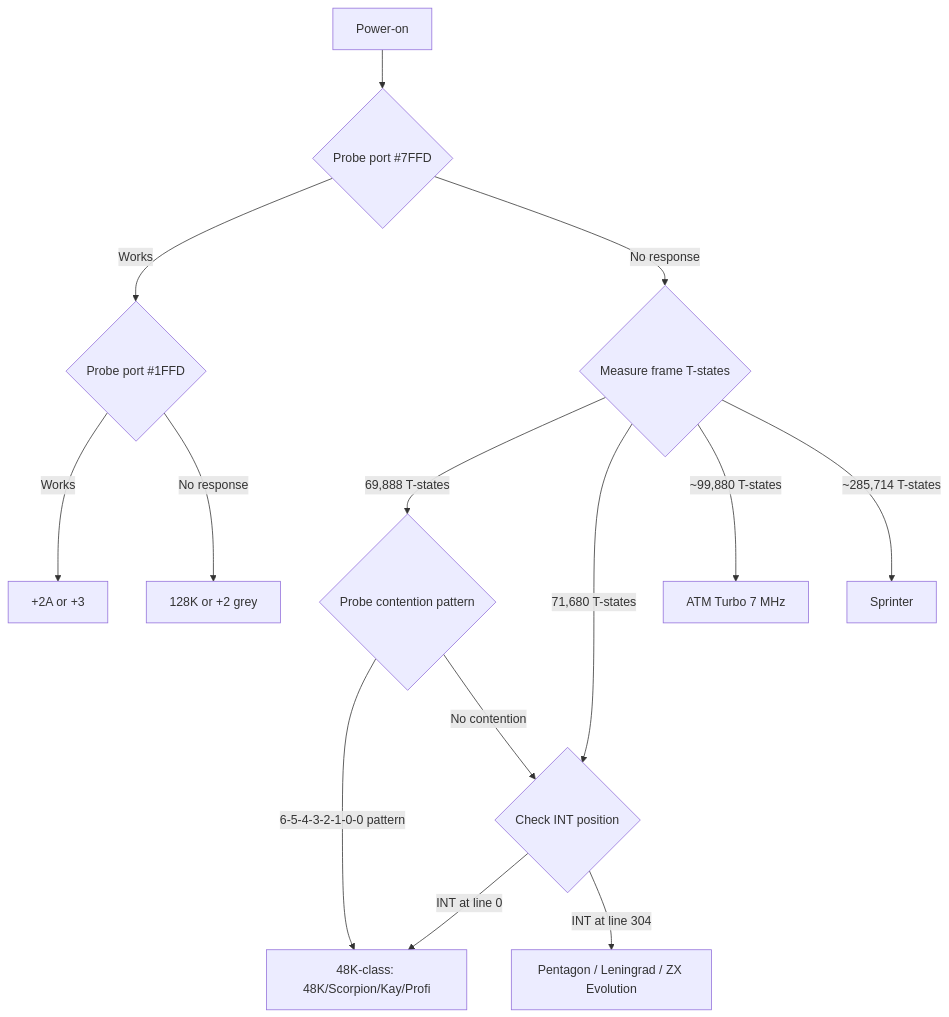
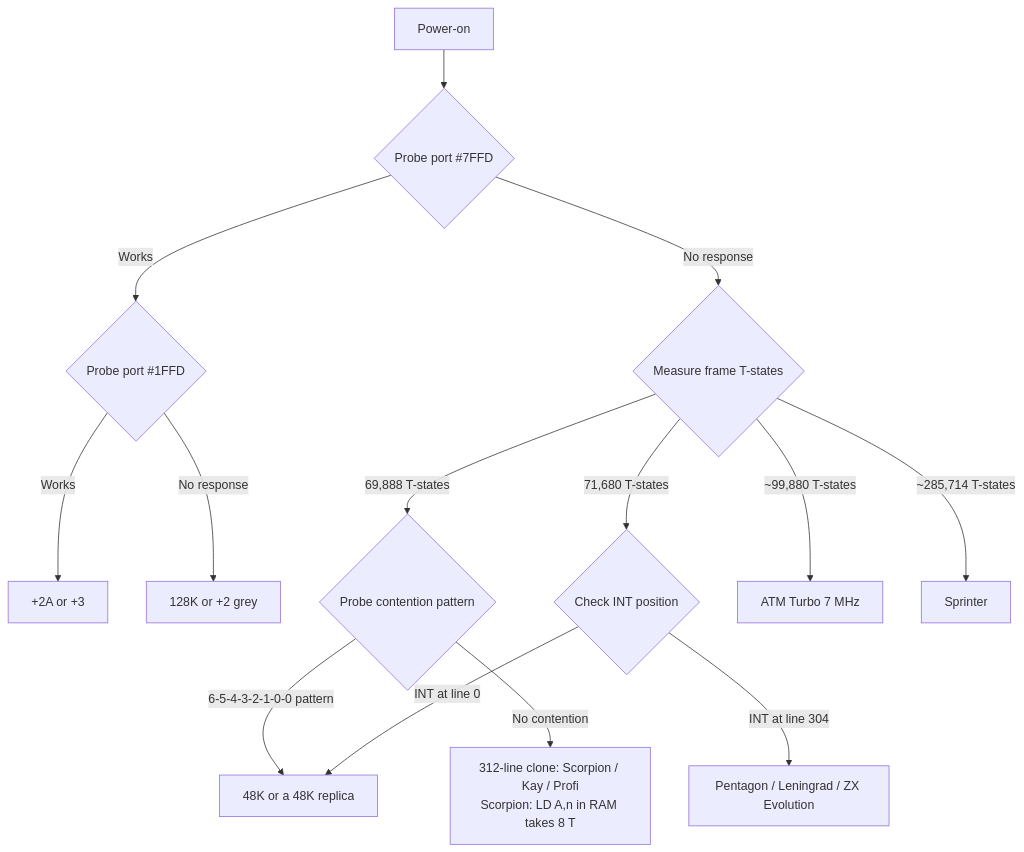
One commit to alfishe/speccy-bootcamp changed the diagram in 05_development/05_display_and_timing/video_frame_comparison.md. Above: the diagram before and after it, drawn with Mermaid. The commit also changed other lines of this file and 21 other files, not shown here.

First line of the commit message:
docs(zx): correct clone and new-gen contention and wait claims

````diff
--- a/05_development/05_display_and_timing/video_frame_comparison.md
+++ b/05_development/05_display_and_timing/video_frame_comparison.md
@@ -180,20 +182,20 @@
 ```mermaid
 graph TD
     START[Power-on] --> P1{Probe port #7FFD}
     P1 -->|Works| P2{Probe port #1FFD}
     P1 -->|No response| P3{Measure frame T-states}
     
     P2 -->|Works| PLUS2A[+2A or +3]
     P2 -->|No response| P4[128K or +2 grey]
     
     P3 -->|69,888 T-states| P5{Probe contention pattern}
     P3 -->|71,680 T-states| P6{Check INT position}
     P3 -->|~99,880 T-states| ATM7[ATM Turbo 7 MHz]
     P3 -->|~285,714 T-states| SPR[Sprinter]
     
-    P5 -->|6-5-4-3-2-1-0-0 pattern| F48[48K-class: 48K/Scorpion/Kay/Profi]
-    P5 -->|No contention| P6
+    P5 -->|6-5-4-3-2-1-0-0 pattern| F48[48K or a 48K replica]
+    P5 -->|No contention| C312[312-line clone: Scorpion / Kay / Profi<br/>Scorpion: LD A,n in RAM takes 8 T]
     
     P6 -->|INT at line 0| F48
     P6 -->|INT at line 304| PENT[Pentagon / Leningrad / ZX Evolution]
 ```
````
